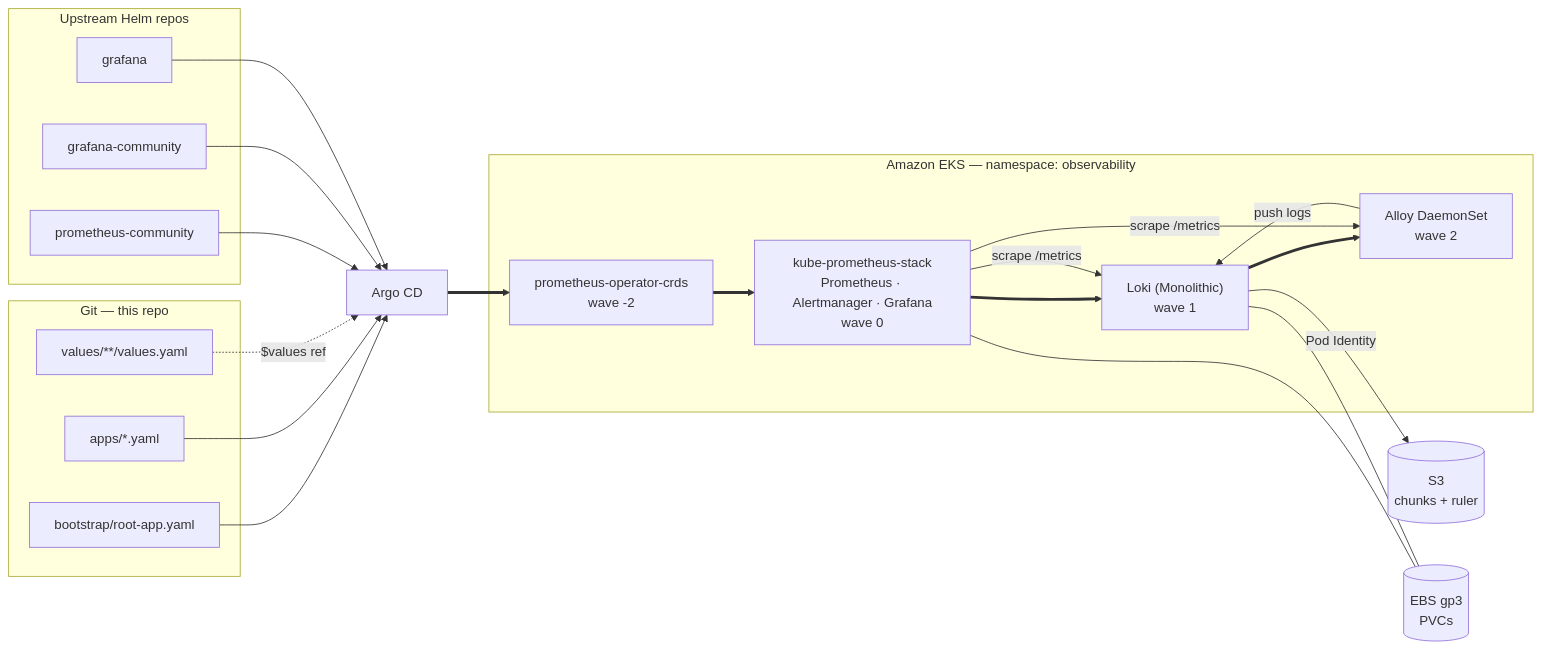
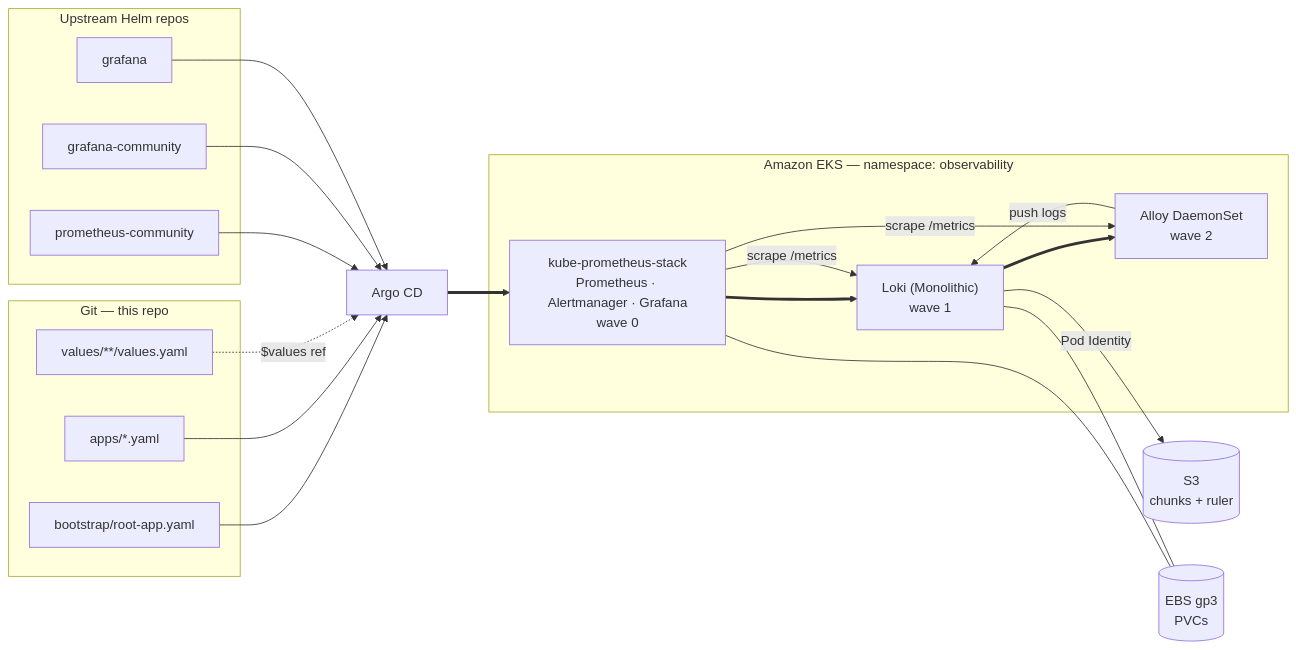
The diagram in argocd-observability/lesson.md (BoldFellow/aws-mini-lessons), drawn with Mermaid before and after one commit. The commit also changed other lines of this file and 15 other files, not shown here.

````diff
--- a/argocd-observability/lesson.md
+++ b/argocd-observability/lesson.md
@@ -8,42 +8,41 @@
 ```mermaid
 flowchart LR
   subgraph GIT["Git — this repo"]
     RA["bootstrap/root-app.yaml"]
     APPS["apps/*.yaml"]
     VALS["values/**/values.yaml"]
   end
 
   subgraph HELM["Upstream Helm repos"]
     PC["prometheus-community"]
     GC["grafana-community"]
     GR["grafana"]
   end
 
   subgraph EKS["Amazon EKS — namespace: observability"]
-    CRD["prometheus-operator-crds<br/>wave -2"]
     KPS["kube-prometheus-stack<br/>Prometheus · Alertmanager · Grafana<br/>wave 0"]
     LOKI["Loki (Monolithic)<br/>wave 1"]
     AL["Alloy DaemonSet<br/>wave 2"]
   end
 
   S3[("S3<br/>chunks + ruler")]
   EBS[("EBS gp3<br/>PVCs")]
 
   ARGO["Argo CD"]
 
   RA --> ARGO
   APPS --> ARGO
   VALS -.->|"$values ref"| ARGO
   PC --> ARGO
   GC --> ARGO
   GR --> ARGO
 
-  ARGO ==> CRD ==> KPS ==> LOKI ==> AL
+  ARGO ==> KPS ==> LOKI ==> AL
 
   AL -->|"push logs"| LOKI
   KPS -->|"scrape /metrics"| LOKI
   KPS -->|"scrape /metrics"| AL
   LOKI -->|"Pod Identity"| S3
   KPS --- EBS
   LOKI --- EBS
 ```
````
